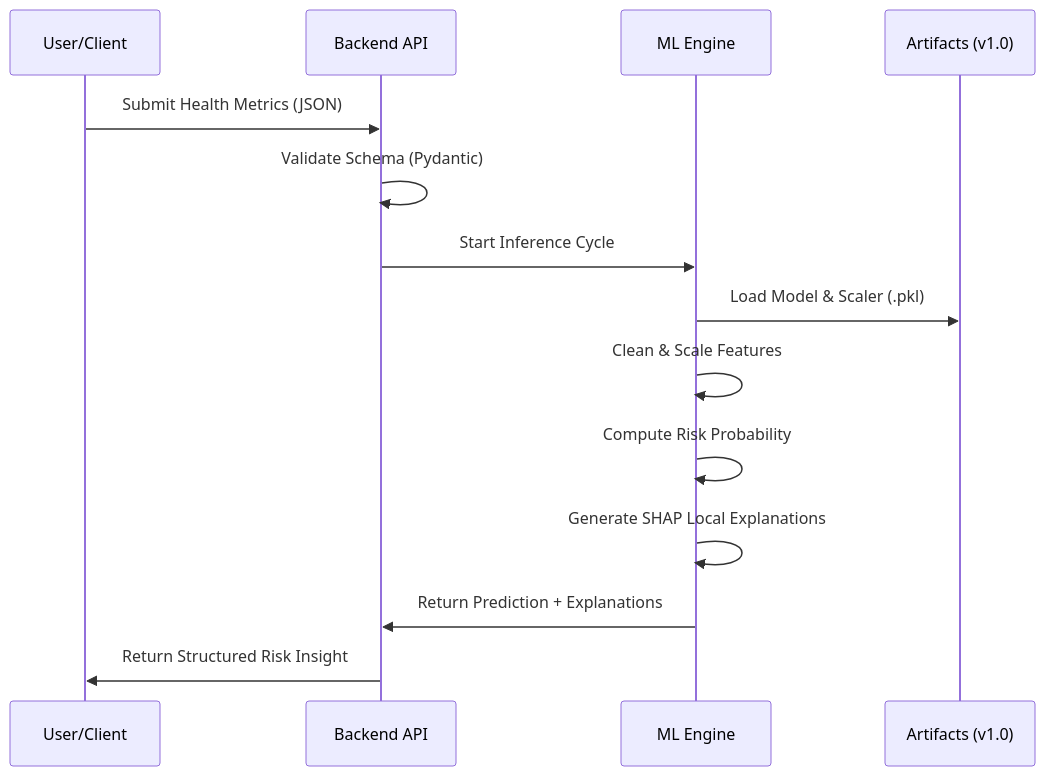
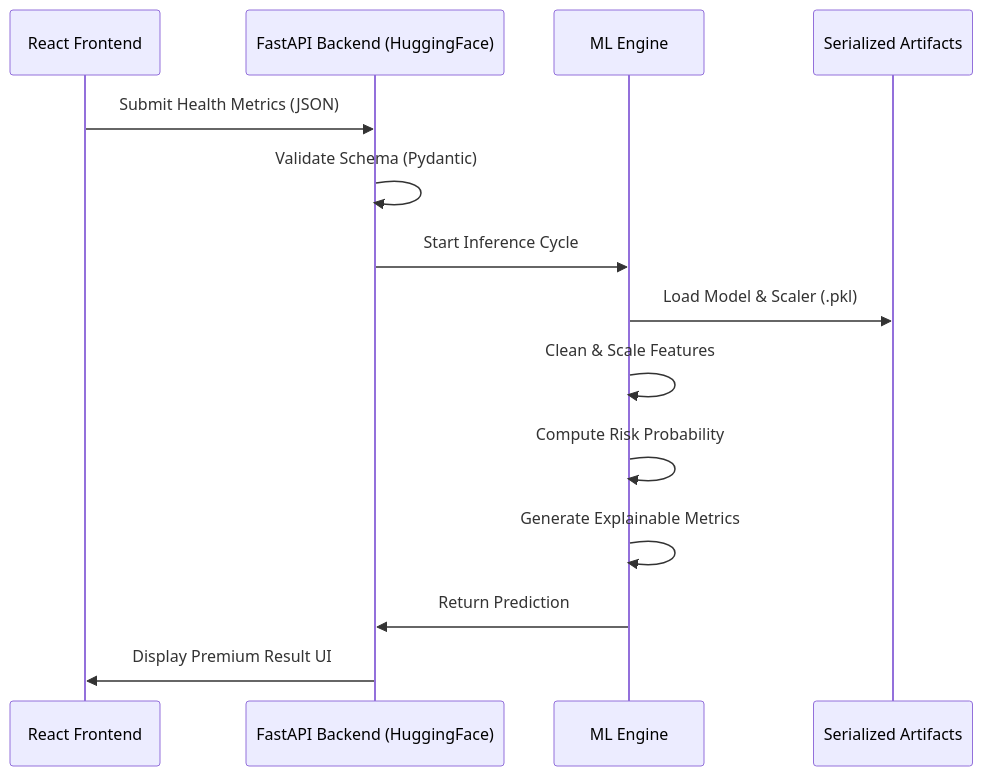
One commit to 01mayankk/MediGuide-AI changed the second of 2 diagrams in README.md. Above: the diagram before and after it, drawn with Mermaid. The commit also changed other lines of this file and 1 other file, not shown here.

Commit message:
feat: enhance frontend README with detailed features, architecture flow, and installation instructions

````diff
--- a/README.md
+++ b/README.md
@@ -71,17 +77,17 @@
 ```mermaid
 sequenceDiagram
-    participant User as User/Client
-    participant API as Backend API
+    participant User as React Frontend
+    participant API as FastAPI Backend (HuggingFace)
     participant ML as ML Engine
-    participant Data as Artifacts (v1.0)
+    participant Data as Serialized Artifacts
 
     User->>API: Submit Health Metrics (JSON)
     API->>API: Validate Schema (Pydantic)
     API->>ML: Start Inference Cycle
     ML->>Data: Load Model & Scaler (.pkl)
     ML->>ML: Clean & Scale Features
     ML->>ML: Compute Risk Probability
-    ML->>ML: Generate SHAP Local Explanations
-    ML->>API: Return Prediction + Explanations
-    API->>User: Return Structured Risk Insight
+    ML->>ML: Generate Explainable Metrics
+    ML->>API: Return Prediction
+    API->>User: Display Premium Result UI
 ```
````
